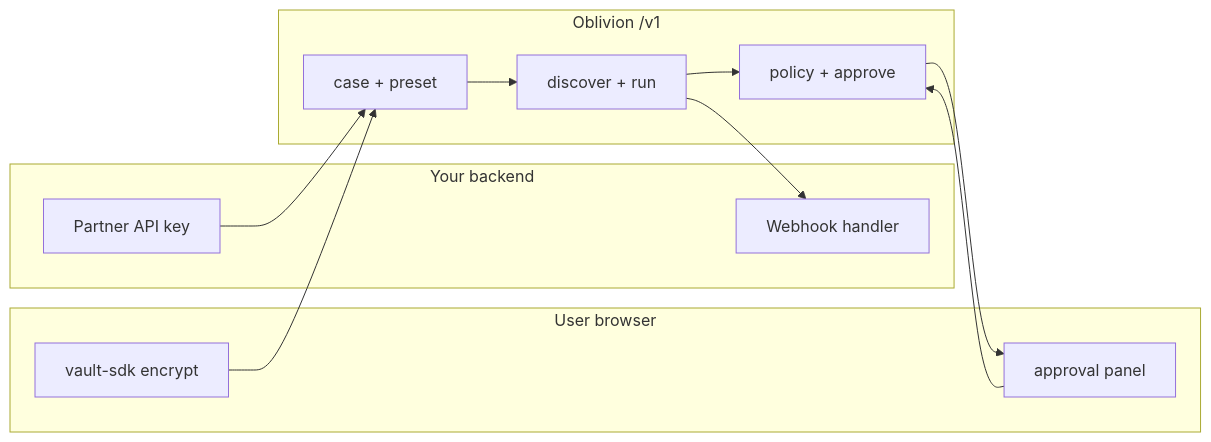
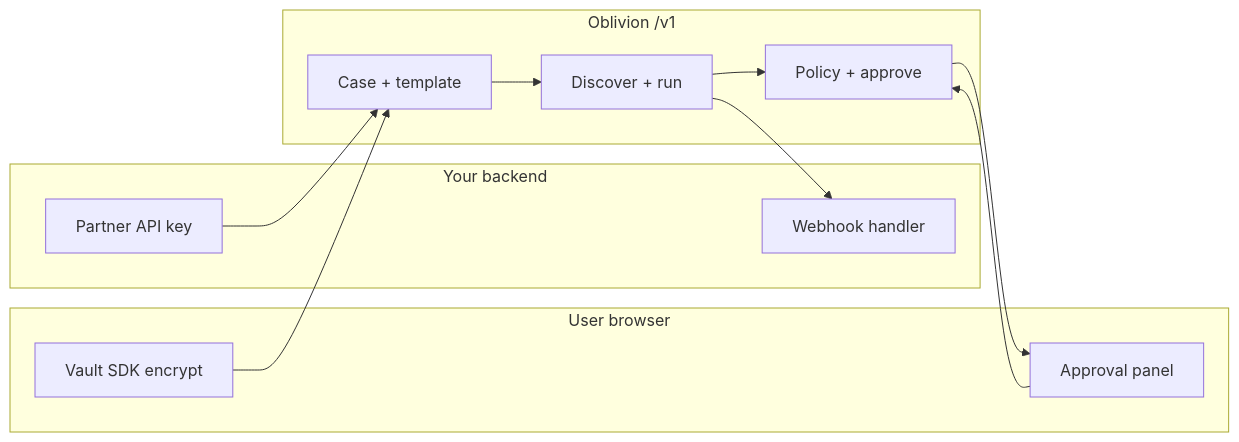
Before and after one commit to thomasjvu/oblivion: the diagram in docs/src/docs/content/developers/partner-api.md, drawn with Mermaid. The commit also changed other lines of this file and 22 other files, not shown here.

````diff
--- a/docs/src/docs/content/developers/partner-api.md
+++ b/docs/src/docs/content/developers/partner-api.md
@@ -5,25 +5,25 @@
 ```mermaid
 flowchart LR
   subgraph Partner["Your backend"]
     API[Partner API key]
     WH[Webhook handler]
   end
 
   subgraph User["User browser"]
-    Vault[vault-sdk encrypt]
-    UI[approval panel]
+    Vault[Vault SDK encrypt]
+    UI[Approval panel]
   end
 
   subgraph Oblivion["Oblivion /v1"]
-    Case[case + preset]
-    Agent[discover + run]
-    Gate[policy + approve]
+    Case[Case + template]
+    Agent[Discover + run]
+    Gate[Policy + approve]
   end
 
   API --> Case
   Vault --> Case
   Case --> Agent --> Gate
   Gate --> UI
   UI --> Gate
   Agent --> WH
 ```
````
